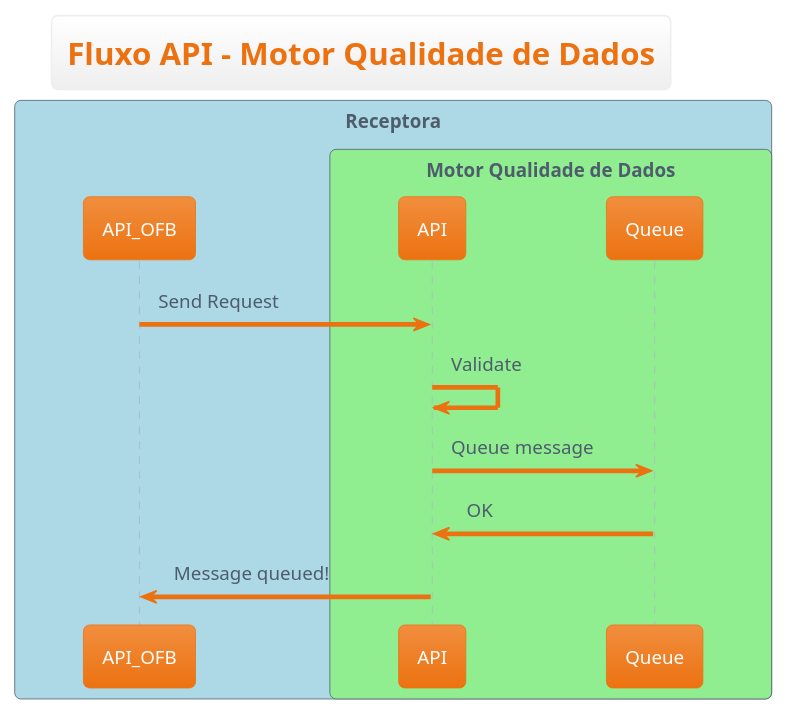
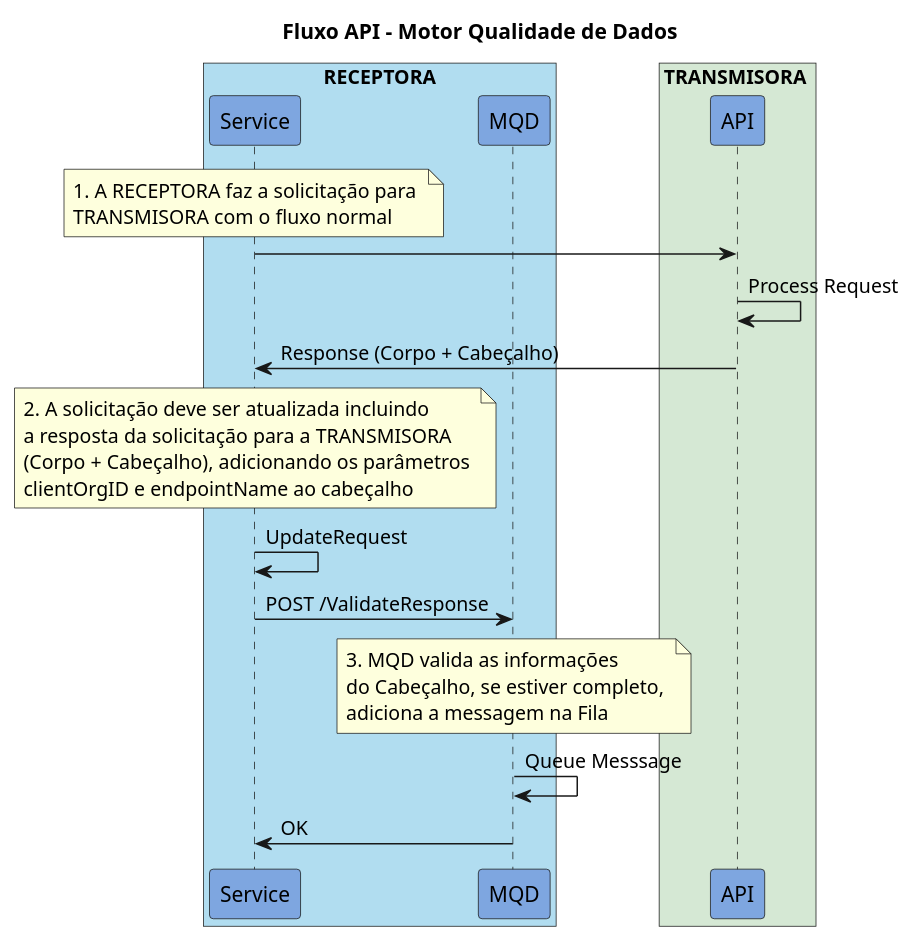
The diagram in docs/Arquitetura/fluxo_API.plantuml (OpenBanking-Brasil/mqd-client), drawn with PlantUML before and after one commit. The commit also changed 5 other files, not shown here.

Commit message:
Flow diagrams were updated.  Included openapi specification for the MQD client app. docker compose file was updated with new environment variables

```diff
--- a/docs/Arquitetura/fluxo_API.plantuml
+++ b/docs/Arquitetura/fluxo_API.plantuml
@@ -1,21 +1,39 @@
 @startuml
-!theme aws-orange
 title Fluxo API - Motor Qualidade de Dados
 
-
-!pragma teoz true
-box "Receptora" #LightBlue
-  participant API_OFB
-  box "Motor Qualidade de Dados" #LightGreen
-    participant API
-    participant Queue
-  end box
+box "RECEPTORA" #B1DDF0
+  participant Service #7EA6E0
+  participant MQD #7EA6E0
 end box
 
-API_OFB -> API : Send Request
-API -> API : Validate
-API -> Queue : Queue message
-Queue -> API : OK
-API -> API_OFB : Message queued!
+box TRANSMISORA #D5E8D4
+  participant API #7EA6E0
+end box
 
+note over Service 
+   1. A RECEPTORA faz a solicitação para 
+   TRANSMISORA com o fluxo normal
+end note
+
+Service -> API
+API -> API: Process Request
+API -> Service: Response (Corpo + Cabeçalho)
+  note over Service 
+     2. A solicitação deve ser atualizada incluindo 
+     a resposta da solicitação para a TRANSMISORA
+     (Corpo + Cabeçalho), adicionando os parâmetros 
+     clientOrgID e endpointName ao cabeçalho 
+  end note
+Service -> Service: UpdateRequest
+
+
+
+Service -> MQD: POST /ValidateResponse
+note over MQD
+  3. MQD valida as informações 
+  do Cabeçalho, se estiver completo, 
+  adiciona a messagem na Fila
+end note
+MQD -> MQD: Queue Messsage
+MQD -> Service: OK
 @enduml
```
